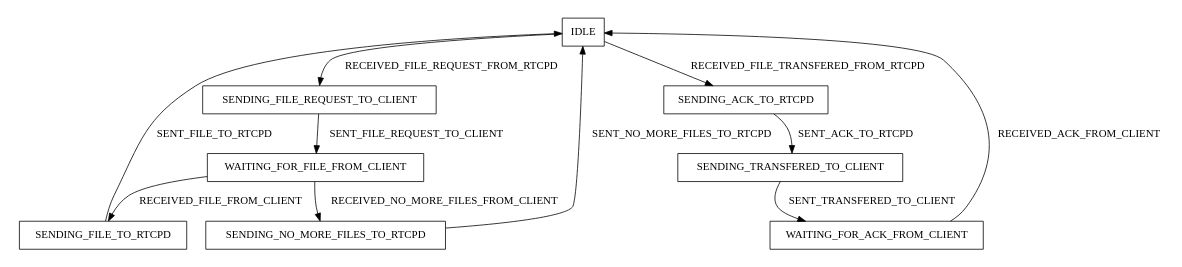
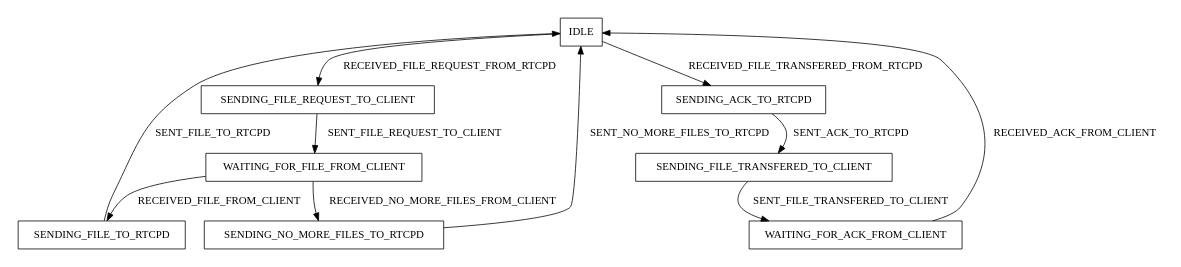
One commit to cern-cta/CTA changed the diagram in castor/tape/doc/fstns/rtcpdDiskTapeIOControlConnection.dot. Above: the diagram before and after it, drawn with Graphviz.

Commit message:
Even better state/transistion names

```diff
--- a/castor/tape/doc/fstns/rtcpdDiskTapeIOControlConnection.dot
+++ b/castor/tape/doc/fstns/rtcpdDiskTapeIOControlConnection.dot
@@ -1,16 +1,16 @@
 digraph fstn {
   rankdir=TD;
   size="8,5"
   center=1
   node [shape = rectangle];
-  IDLE                           -> SENDING_FILE_REQUEST_TO_CLIENT [ label = "RECEIVED_FILE_REQUEST_FROM_RTCPD"   ];
-  SENDING_FILE_REQUEST_TO_CLIENT -> WAITING_FOR_FILE_FROM_CLIENT   [ label = "SENT_FILE_REQUEST_TO_CLIENT"        ];
-  WAITING_FOR_FILE_FROM_CLIENT   -> SENDING_FILE_TO_RTCPD          [ label = "RECEIVED_FILE_FROM_CLIENT"          ];
-  SENDING_FILE_TO_RTCPD          -> IDLE                           [ label = "SENT_FILE_TO_RTCPD"                 ];
-  WAITING_FOR_FILE_FROM_CLIENT   -> SENDING_NO_MORE_FILES_TO_RTCPD [ label = "RECEIVED_NO_MORE_FILES_FROM_CLIENT" ];
-  SENDING_NO_MORE_FILES_TO_RTCPD -> IDLE                           [ label = "SENT_NO_MORE_FILES_TO_RTCPD"        ];
-  IDLE                           -> SENDING_ACK_TO_RTCPD           [ label = "RECEIVED_FILE_TRANSFERED_FROM_RTCPD"];
-  SENDING_ACK_TO_RTCPD           -> SENDING_TRANSFERED_TO_CLIENT   [ label = "SENT_ACK_TO_RTCPD"                  ];
-  SENDING_TRANSFERED_TO_CLIENT   -> WAITING_FOR_ACK_FROM_CLIENT    [ label = "SENT_TRANSFERED_TO_CLIENT"          ];
-  WAITING_FOR_ACK_FROM_CLIENT    -> IDLE                           [ label = "RECEIVED_ACK_FROM_CLIENT"           ];
+  IDLE                              -> SENDING_FILE_REQUEST_TO_CLIENT    [ label = "RECEIVED_FILE_REQUEST_FROM_RTCPD"   ];
+  SENDING_FILE_REQUEST_TO_CLIENT    -> WAITING_FOR_FILE_FROM_CLIENT      [ label = "SENT_FILE_REQUEST_TO_CLIENT"        ];
+  WAITING_FOR_FILE_FROM_CLIENT      -> SENDING_FILE_TO_RTCPD             [ label = "RECEIVED_FILE_FROM_CLIENT"          ];
+  SENDING_FILE_TO_RTCPD             -> IDLE                              [ label = "SENT_FILE_TO_RTCPD"                 ];
+  WAITING_FOR_FILE_FROM_CLIENT      -> SENDING_NO_MORE_FILES_TO_RTCPD    [ label = "RECEIVED_NO_MORE_FILES_FROM_CLIENT" ];
+  SENDING_NO_MORE_FILES_TO_RTCPD    -> IDLE                              [ label = "SENT_NO_MORE_FILES_TO_RTCPD"        ];
+  IDLE                              -> SENDING_ACK_TO_RTCPD              [ label = "RECEIVED_FILE_TRANSFERED_FROM_RTCPD"];
+  SENDING_ACK_TO_RTCPD              -> SENDING_FILE_TRANSFERED_TO_CLIENT [ label = "SENT_ACK_TO_RTCPD"                  ];
+  SENDING_FILE_TRANSFERED_TO_CLIENT -> WAITING_FOR_ACK_FROM_CLIENT       [ label = "SENT_FILE_TRANSFERED_TO_CLIENT"     ];
+  WAITING_FOR_ACK_FROM_CLIENT       -> IDLE                              [ label = "RECEIVED_ACK_FROM_CLIENT"           ];
 }
```
